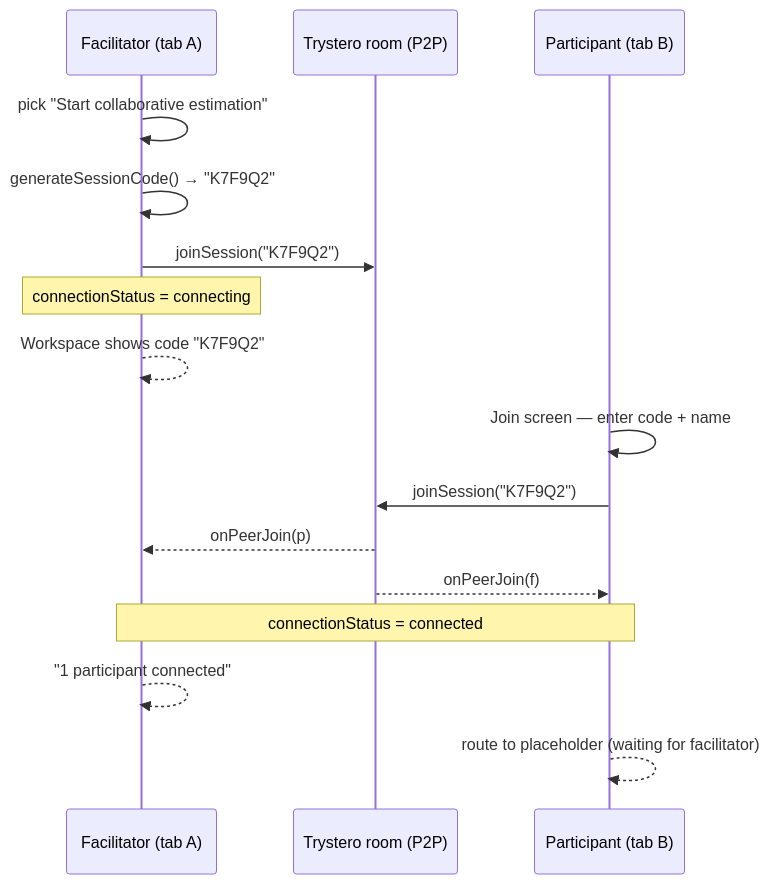
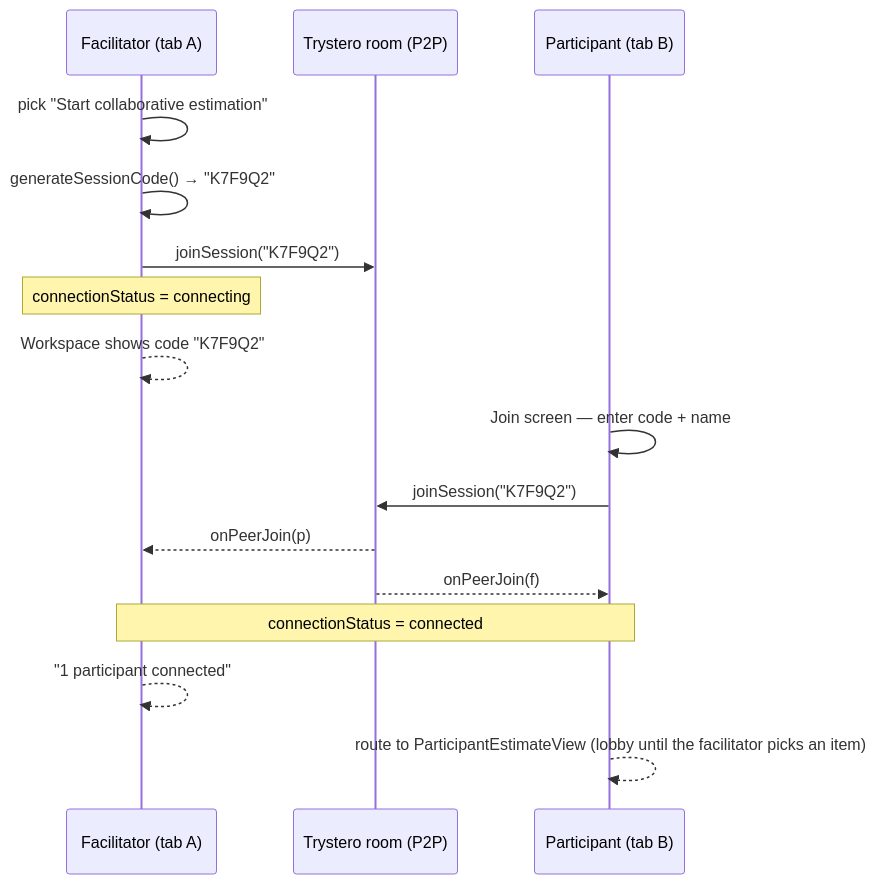
One commit to cfisch3r/estimate changed the second of 5 diagrams in docs/concepts/collaboration-mode.md. Above: the diagram before and after it, drawn with Mermaid. The commit also changed other lines of this file and 11 other files, not shown here.

First line of the commit message:
Build Participant Estimate View: estimating / waiting / revealed flow (#7) (#42)

````diff
--- a/docs/concepts/collaboration-mode.md
+++ b/docs/concepts/collaboration-mode.md
@@ -115,20 +119,20 @@
 ```mermaid
 sequenceDiagram
   participant F as Facilitator (tab A)
   participant R as Trystero room (P2P)
   participant P as Participant (tab B)
 
   F->>F: pick "Start collaborative estimation"
   F->>F: generateSessionCode() → "K7F9Q2"
   F->>R: joinSession("K7F9Q2")
   Note over F: connectionStatus = connecting
   F-->>F: Workspace shows code "K7F9Q2"
 
   P->>P: Join screen — enter code + name
   P->>R: joinSession("K7F9Q2")
   R-->>F: onPeerJoin(p)
   R-->>P: onPeerJoin(f)
   Note over F,P: connectionStatus = connected
   F-->>F: "1 participant connected"
-  P-->>P: route to placeholder (waiting for facilitator)
+  P-->>P: route to ParticipantEstimateView (lobby until the facilitator picks an item)
 ```
````
